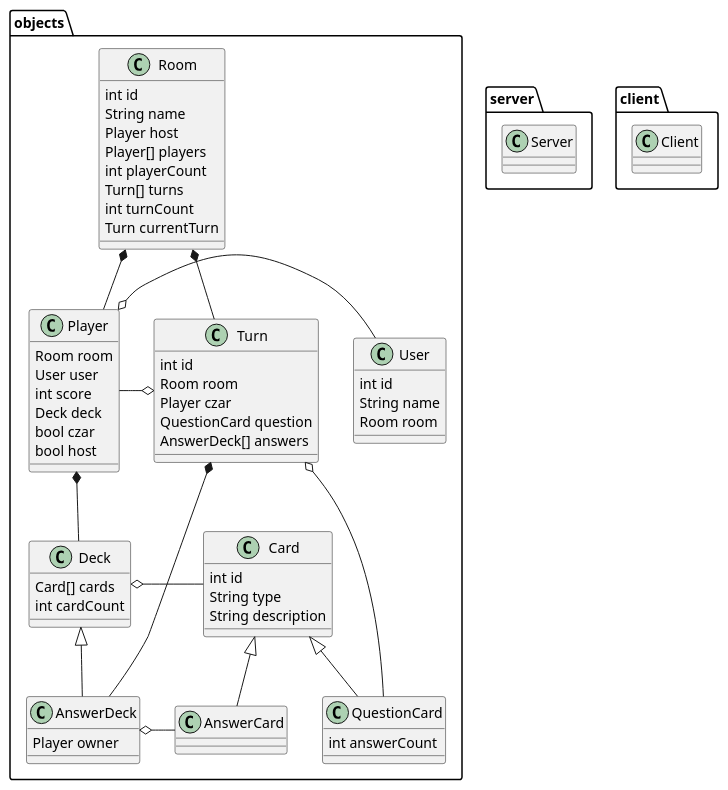
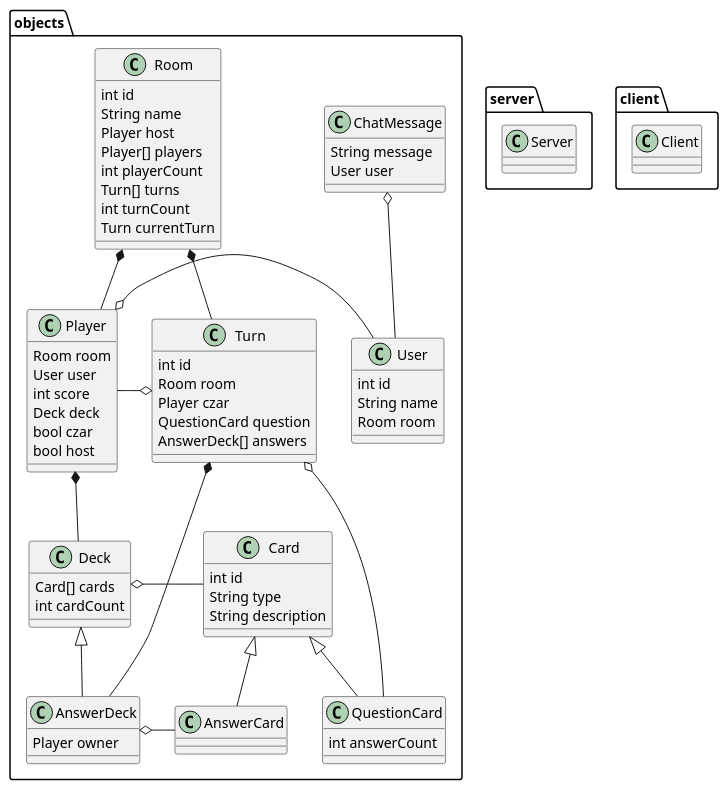
One commit to yoo2001818/react-against-humanity changed the diagram in doc/gameStructure.puml. Above: the diagram before and after it, drawn with PlantUML. The commit also changed 2 other files, not shown here.

Commit message:
Add game scenario graph

```diff
--- a/doc/gameStructure.puml
+++ b/doc/gameStructure.puml
@@ -1,92 +1,99 @@
 @startuml
 
 namespace objects {
 
   Player o- User
 
   class User {
     int id
     String name
     Room room
   }
 
   Player *-- Deck
 
   class Player {
     Room room
     User user
     int score
     Deck deck
     bool czar
     bool host
   }
 
   Room *-- Turn
   Room *-- Player
 
   class Room {
     int id
     String name
     Player host
     Player[] players
     int playerCount
     Turn[] turns
     int turnCount
     Turn currentTurn
   }
 
   Turn o- Player
   Turn *-- AnswerDeck
   Turn o-- QuestionCard
 
   class Turn {
     int id
     Room room
     Player czar
     QuestionCard question
     AnswerDeck[] answers
   }
 
   Deck <|-- AnswerDeck
   AnswerDeck o- AnswerCard
 
   class AnswerDeck {
     Player owner
   }
 
   Deck o- Card
 
   class Deck {
     Card[] cards
     int cardCount
   }
 
   class Card {
     int id
     String type
     String description
   }
 
   Card <|-- QuestionCard
   Card <|-- AnswerCard
 
   class QuestionCard {
     int answerCount
   }
 
   class AnswerCard {
   }
 
+  class ChatMessage {
+    String message
+    User user
+  }
+
+  ChatMessage o-- User
+
 }
 
 namespace server {
   class Server {
   }
 }
 
 namespace client {
   class Client {
   }
 }
 
 @enduml
```
